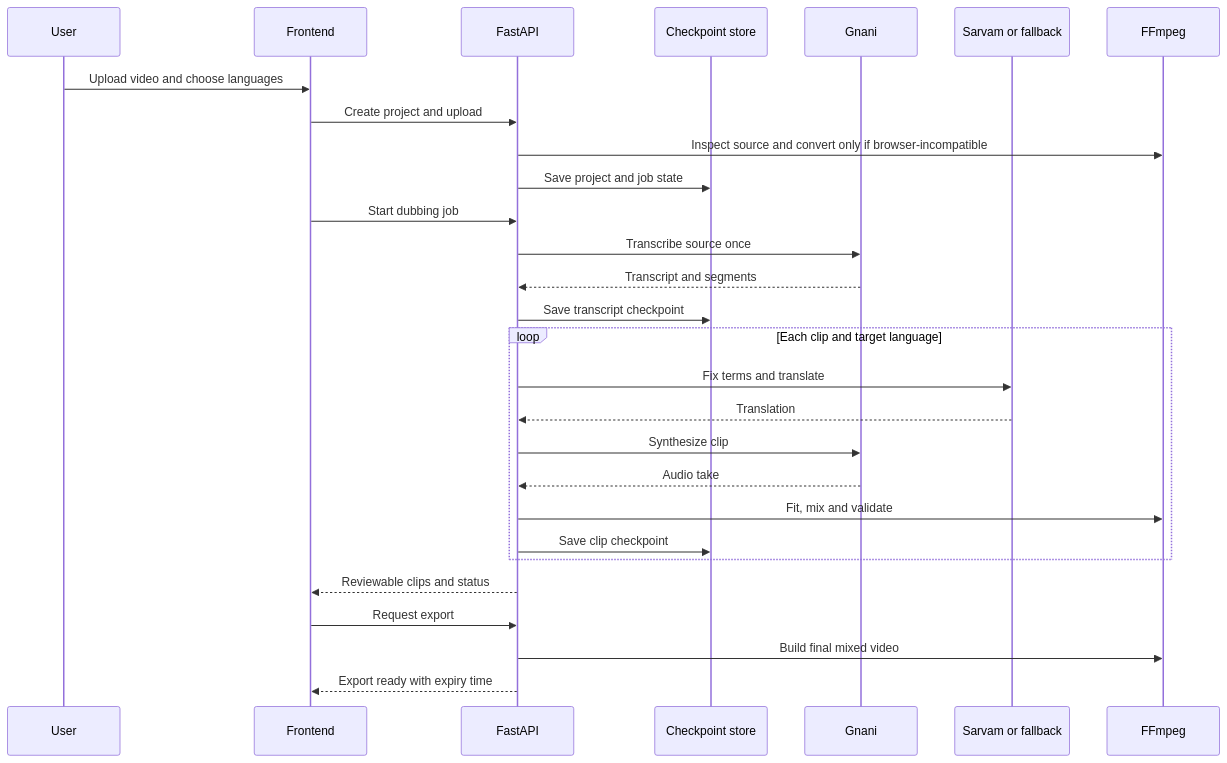
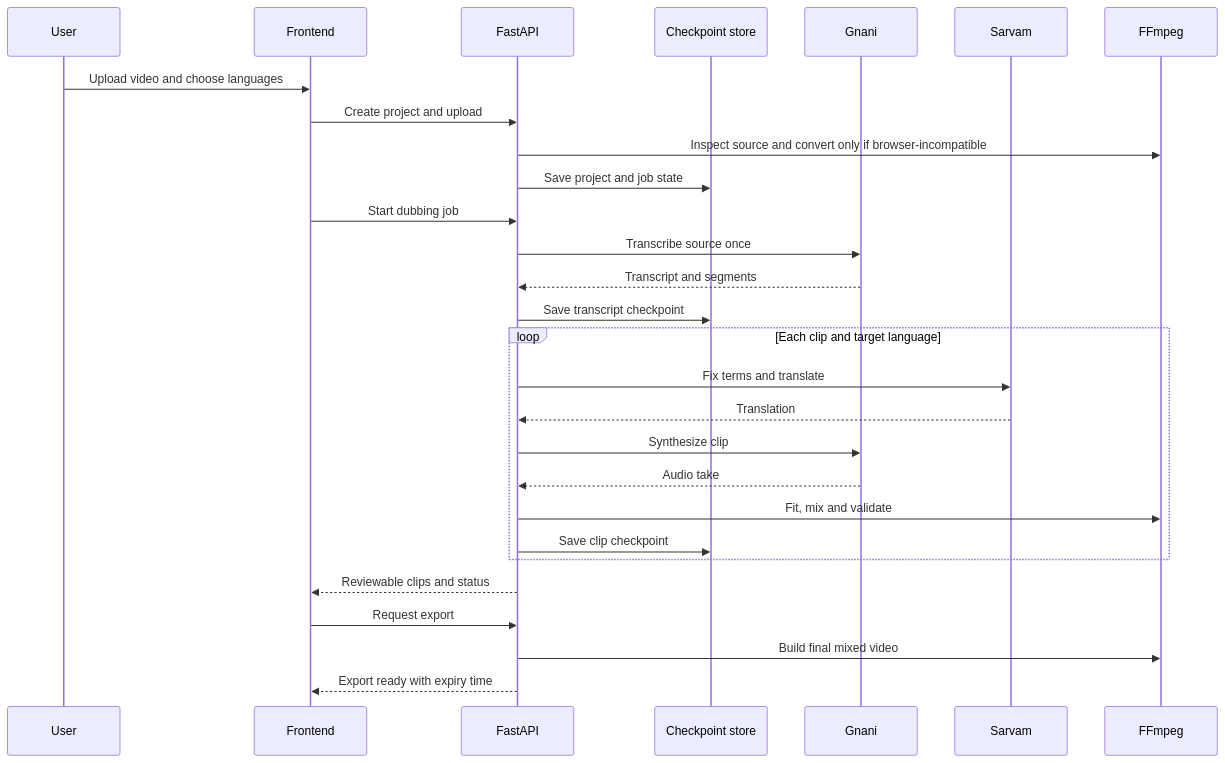
One commit to Aarti-panchal01/anek changed the third of 5 diagrams in README.md. Above: the diagram before and after it, drawn with Mermaid. The commit also changed other lines of this file and 13 other files, not shown here.

````diff
--- a/README.md
+++ b/README.md
@@ -113,30 +112,30 @@
 ```mermaid
 sequenceDiagram
     participant User
     participant Web as Frontend
     participant API as FastAPI
     participant Store as Checkpoint store
     participant Speech as Gnani
-    participant Translate as Sarvam or fallback
+    participant Translate as Sarvam
     participant Media as FFmpeg
     User->>Web: Upload video and choose languages
     Web->>API: Create project and upload
     API->>Media: Inspect source and convert only if browser-incompatible
     API->>Store: Save project and job state
     Web->>API: Start dubbing job
     API->>Speech: Transcribe source once
     Speech-->>API: Transcript and segments
     API->>Store: Save transcript checkpoint
     loop Each clip and target language
         API->>Translate: Fix terms and translate
         Translate-->>API: Translation
         API->>Speech: Synthesize clip
         Speech-->>API: Audio take
         API->>Media: Fit, mix and validate
         API->>Store: Save clip checkpoint
     end
     API-->>Web: Reviewable clips and status
     Web->>API: Request export
     API->>Media: Build final mixed video
     API-->>Web: Export ready with expiry time
 ```
````
